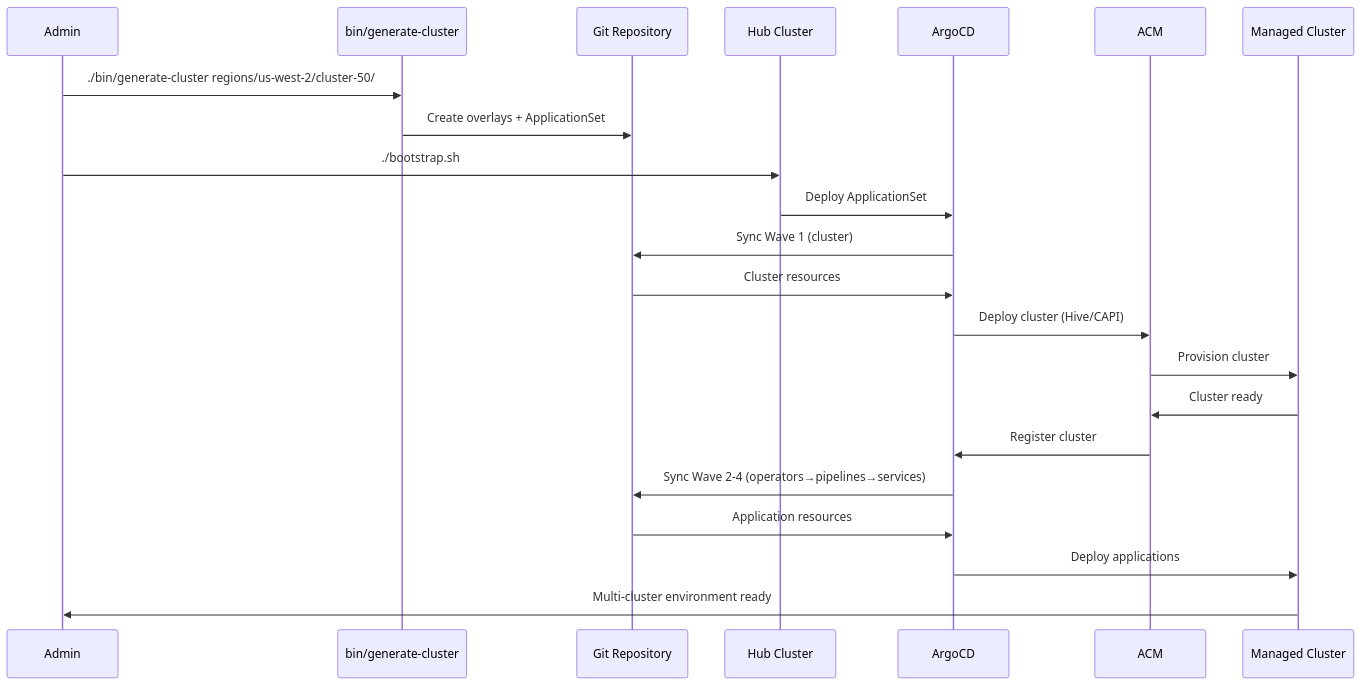
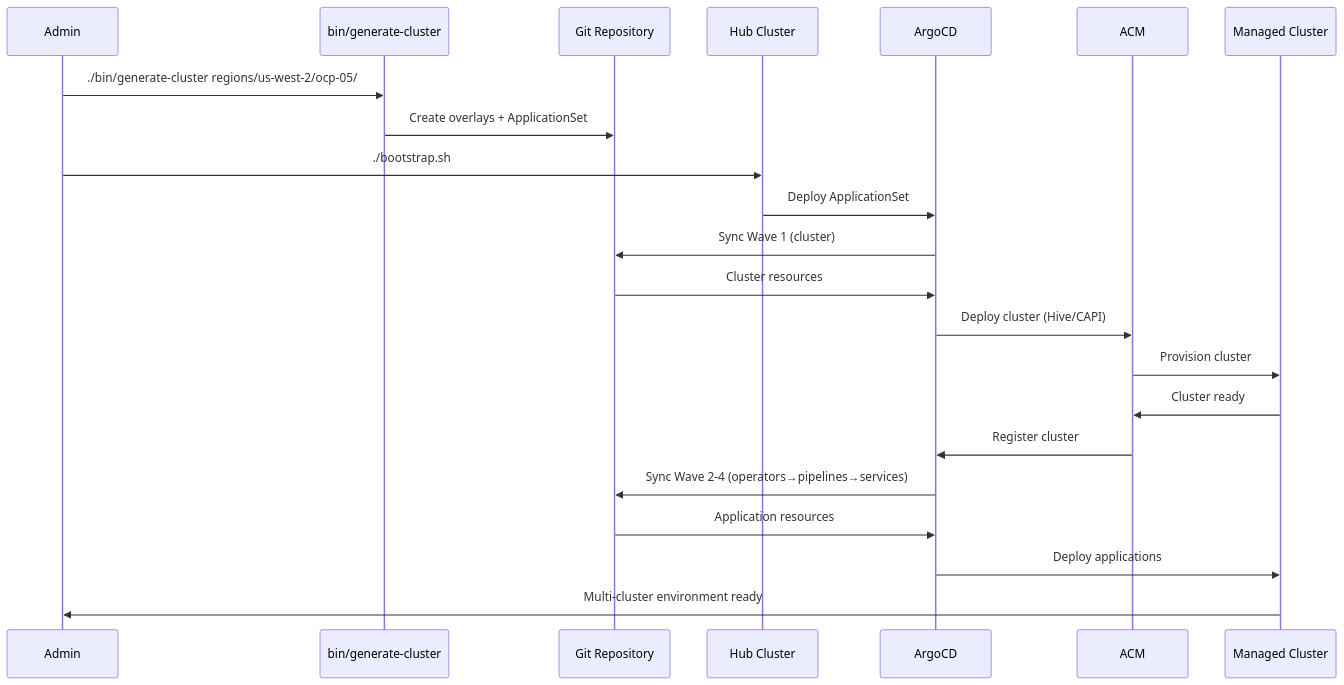
The diagram in README.md (openshift-online/bootstrap), drawn with Mermaid before and after one commit. The commit also changed other lines of this file and 186 other files, not shown here.

````diff
--- a/README.md
+++ b/README.md
@@ -162,30 +167,30 @@
 ```mermaid
 sequenceDiagram
    participant Admin
    participant Generator as bin/generate-cluster
    participant Git as Git Repository
    participant Hub as Hub Cluster
    participant ArgoCD
    participant ACM
    participant Target as Managed Cluster
    
-   Admin->>Generator: ./bin/generate-cluster regions/us-west-2/cluster-50/
+   Admin->>Generator: ./bin/generate-cluster regions/us-west-2/ocp-05/
    Generator->>Git: Create overlays + ApplicationSet
    
    Admin->>Hub: ./bootstrap.sh
    Hub->>ArgoCD: Deploy ApplicationSet
    
    ArgoCD->>Git: Sync Wave 1 (cluster)
    Git->>ArgoCD: Cluster resources
    ArgoCD->>ACM: Deploy cluster (Hive/CAPI)
    ACM->>Target: Provision cluster
    
    Target->>ACM: Cluster ready
    ACM->>ArgoCD: Register cluster
    
    ArgoCD->>Git: Sync Wave 2-4 (operators→pipelines→services)
    Git->>ArgoCD: Application resources
    ArgoCD->>Target: Deploy applications
    
    Target->>Admin: Multi-cluster environment ready
 ```
````
